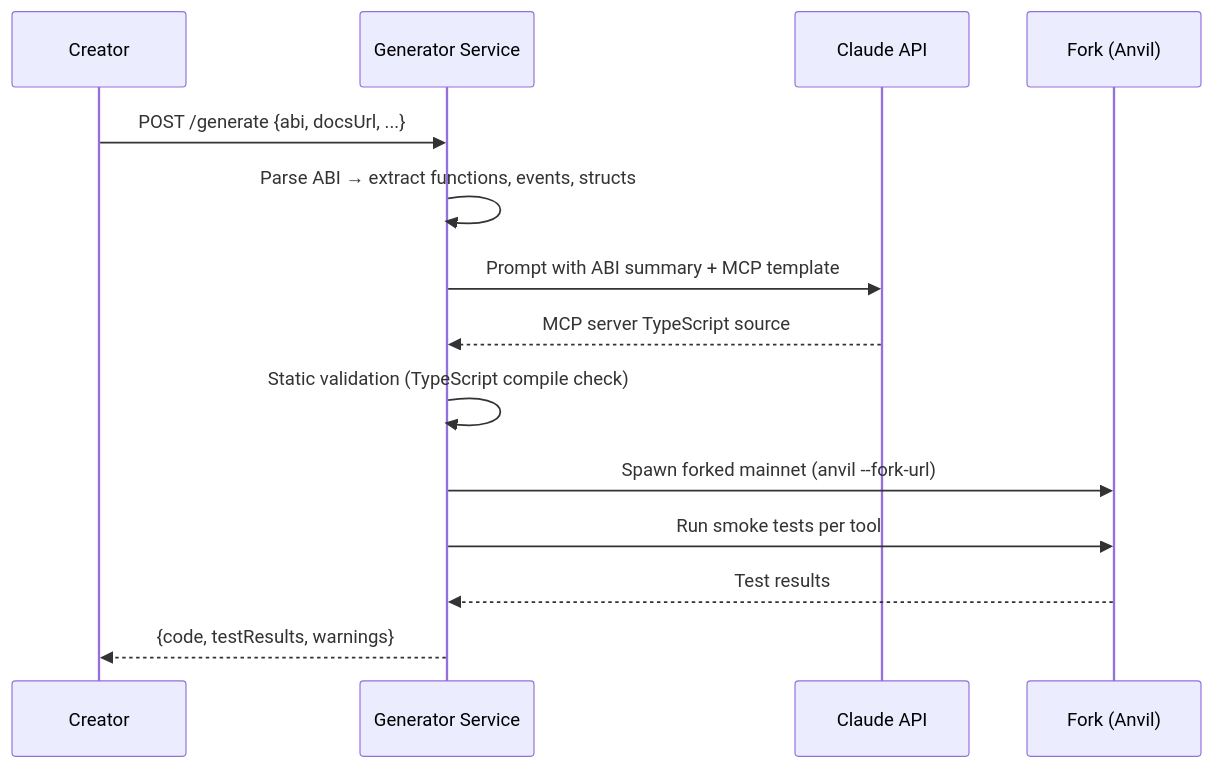
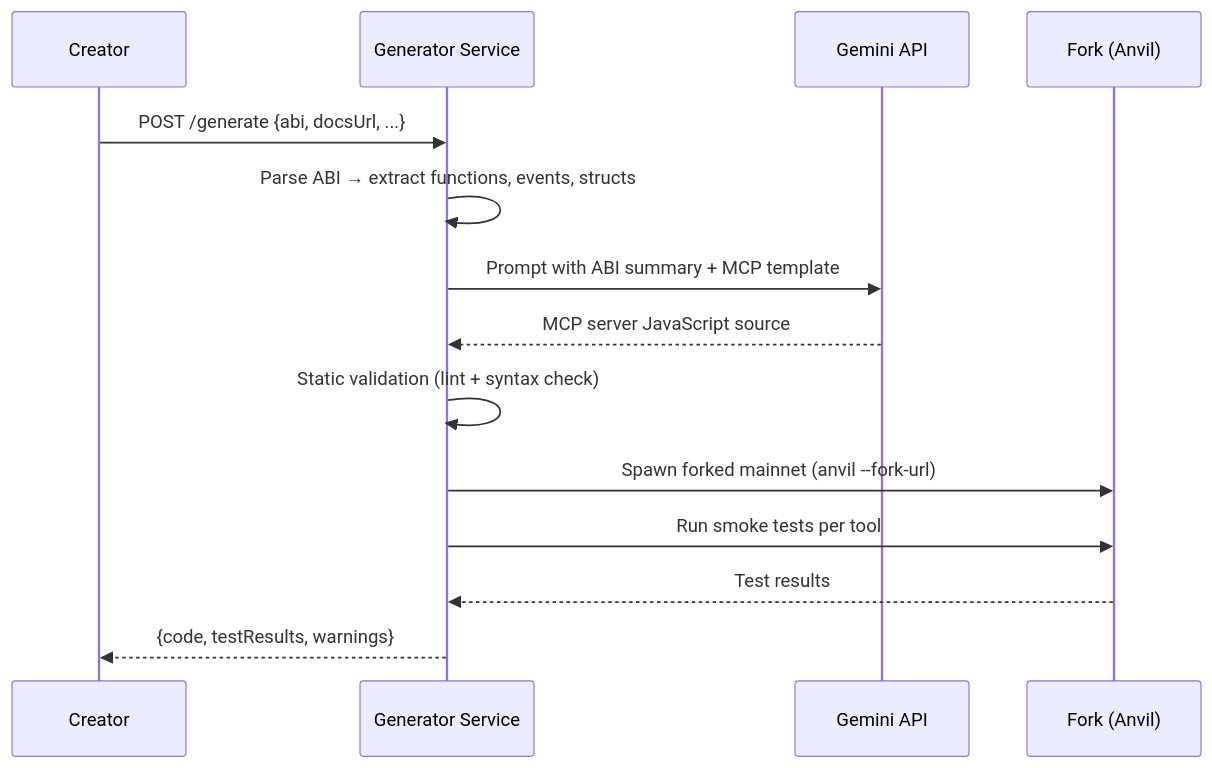
One commit to imajus/cryptopus changed the second of 5 diagrams in docs/Specifications.md. Above: the diagram before and after it, drawn with Mermaid. The commit also changed other lines of this file and 2 other files, not shown here.

Commit message:
Switch generator from Claude API to Gemini API and from TypeScript to JavaScript across all docs.

````diff
--- a/docs/Specifications.md
+++ b/docs/Specifications.md
@@ -61,17 +61,17 @@
 ```mermaid
 sequenceDiagram
     participant C as Creator
     participant G as Generator Service
-    participant LLM as Claude API
+    participant LLM as Gemini API
     participant F as Fork (Anvil)
 
     C->>G: POST /generate {abi, docsUrl, ...}
     G->>G: Parse ABI → extract functions, events, structs
     G->>LLM: Prompt with ABI summary + MCP template
-    LLM-->>G: MCP server TypeScript source
-    G->>G: Static validation (TypeScript compile check)
+    LLM-->>G: MCP server JavaScript source
+    G->>G: Static validation (lint + syntax check)
     G->>F: Spawn forked mainnet (anvil --fork-url)
     G->>F: Run smoke tests per tool
     F-->>G: Test results
     G-->>C: {code, testResults, warnings}
 ```
````
